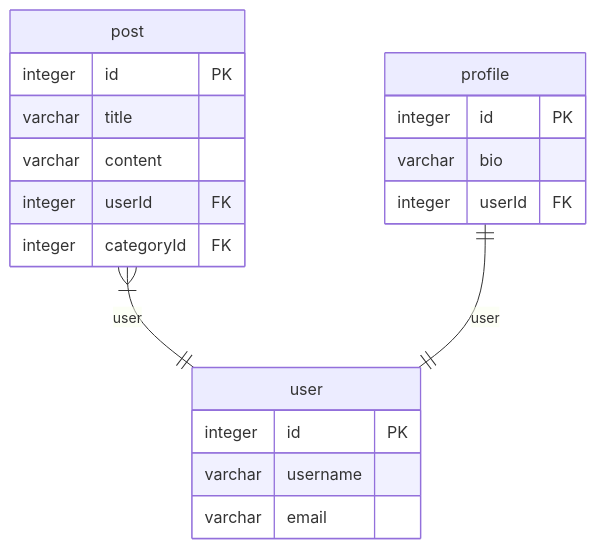
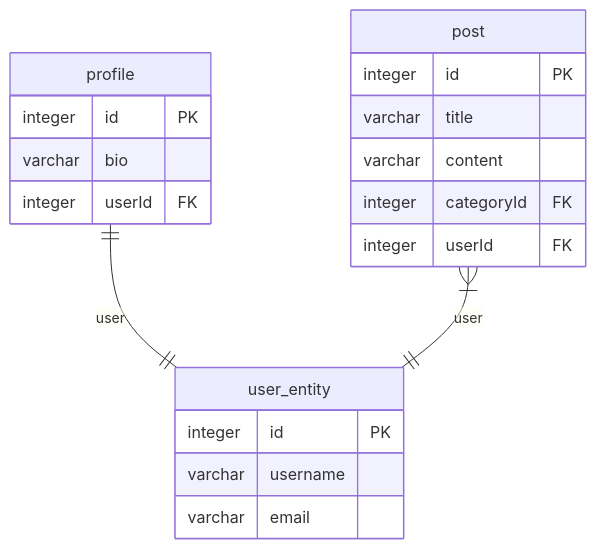
One commit to hermin9804/typeorm-markdown-generator changed the second of 2 diagrams in erd.md. Above: the diagram before and after it, drawn with Mermaid. The commit also changed other lines of this file and 16 other files, not shown here.

````diff
--- a/erd.md
+++ b/erd.md
@@ -79,22 +82,22 @@
 ```mermaid
 erDiagram
-  post {
-    integer id PK
-    varchar title
-    varchar content
-    integer userId FK
-    integer categoryId FK
-  }
   profile {
     integer id PK
     varchar bio
     integer userId FK
   }
-  user {
+  user_entity {
     integer id PK
     varchar username
     varchar email
   }
-  post }|--|| user: user
-  profile ||--|| user: user
+  post {
+    integer id PK
+    varchar title
+    varchar content
+    integer categoryId FK
+    integer userId FK
+  }
+  profile ||--|| user_entity: user
+  post }|--|| user_entity: user
 ```
````
